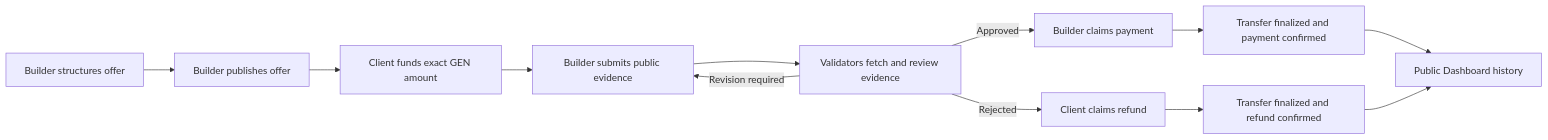
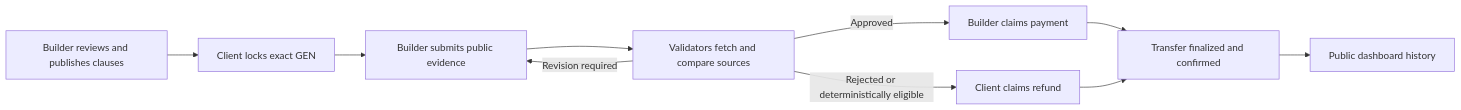
One commit to tanphung/ClauseFlow changed the diagram in README.md. Above: the diagram before and after it, drawn with Mermaid. The commit also changed other lines of this file and 1 other file, not shown here.

Commit message:
docs: focus README on reviewer evidence

````diff
--- a/README.md
+++ b/README.md
@@ -25,14 +68,12 @@
 ```mermaid
 flowchart LR
-  A[Builder structures offer] --> B[Builder publishes offer]
-  B --> C[Client funds exact GEN amount]
-  C --> D[Builder submits public evidence]
-  D --> E[Validators fetch and review evidence]
-  E -->|Approved| F[Builder claims payment]
-  E -->|Revision required| D
-  E -->|Rejected| G[Client claims refund]
-  F --> H[Transfer finalized and payment confirmed]
-  G --> I[Transfer finalized and refund confirmed]
-  H --> J[Public Dashboard history]
-  I --> J
+  A[Builder reviews and publishes clauses] --> B[Client locks exact GEN]
+  B --> C[Builder submits public evidence]
+  C --> D[Validators fetch and compare sources]
+  D -->|Approved| E[Builder claims payment]
+  D -->|Revision required| C
+  D -->|Rejected or deterministically eligible| F[Client claims refund]
+  E --> G[Transfer finalized and confirmed]
+  F --> G
+  G --> H[Public dashboard history]
 ```
````
